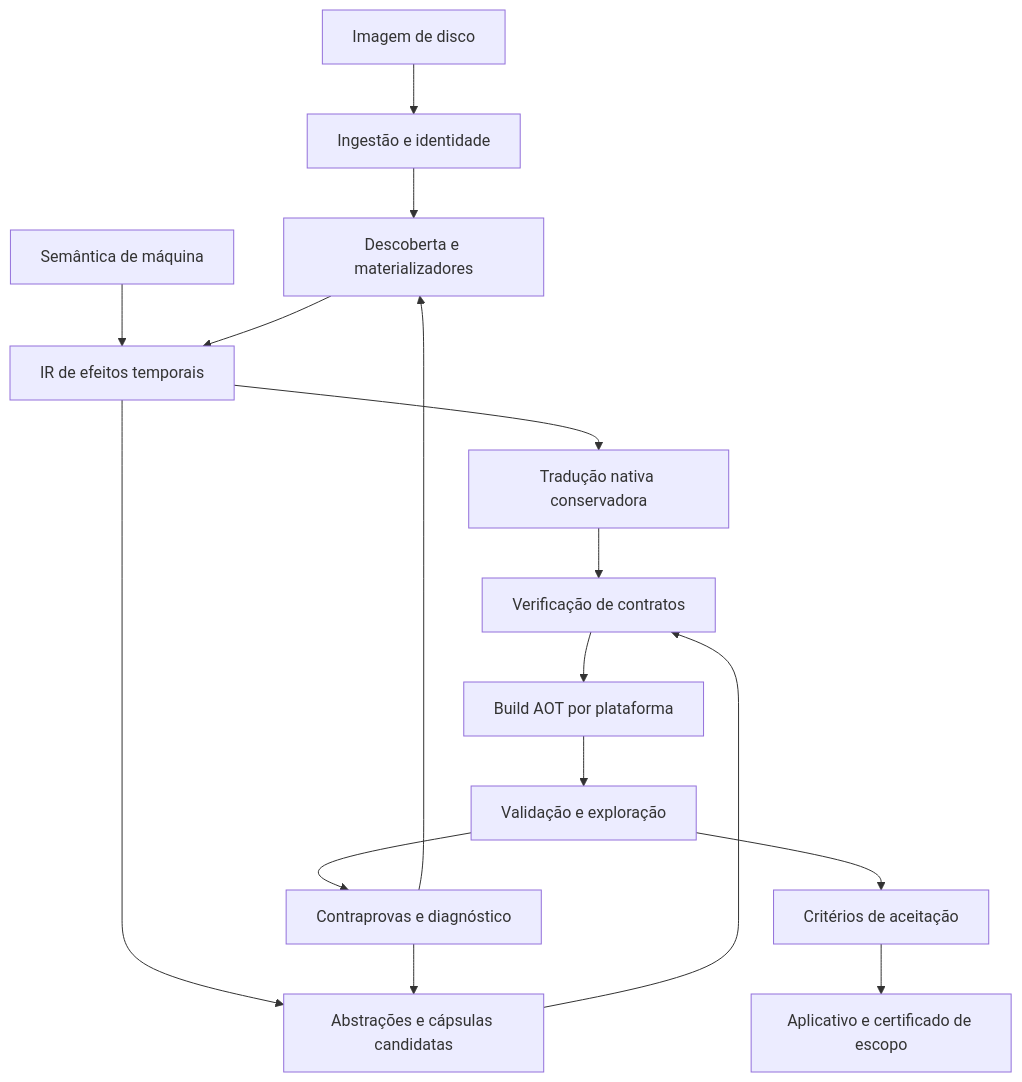
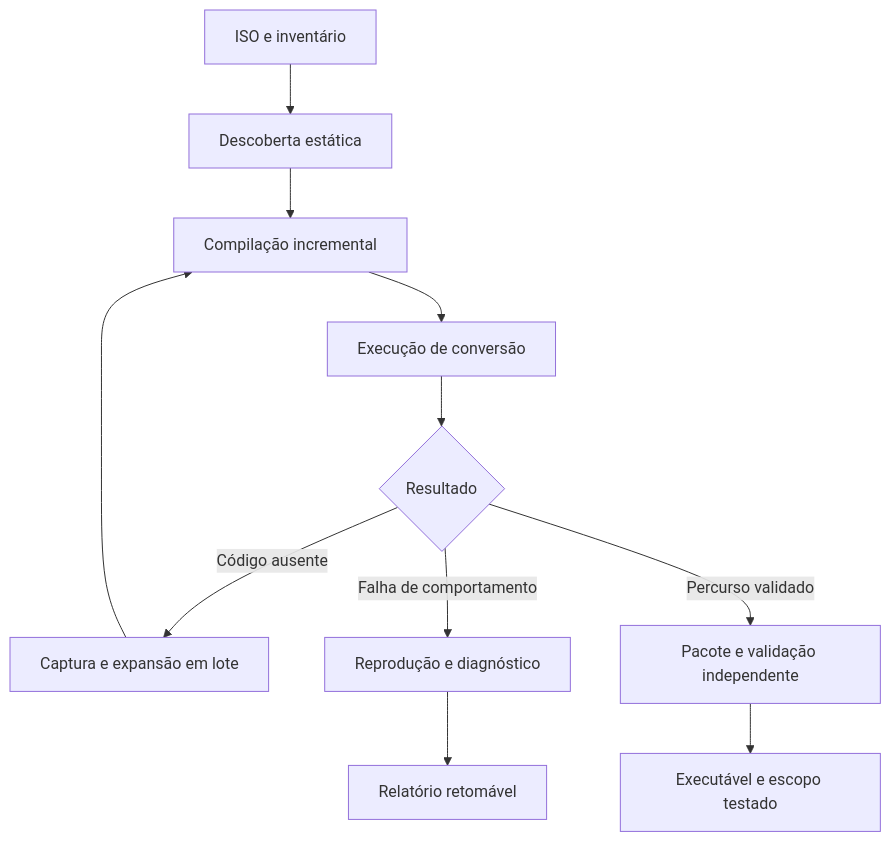
The diagram in README.md (Pedrohs1771/ps2-native), drawn with Mermaid before and after one commit. The commit also changed other lines of this file and 2 other files, not shown here.

````diff
--- a/README.md
+++ b/README.md
@@ -128,18 +288,13 @@
 ```mermaid
 flowchart TD
-    ISO["Imagem de disco"] --> ING["Ingestão e identidade"]
-    ING --> DISC["Descoberta e materializadores"]
-    SPEC["Semântica de máquina"] --> IR["IR de efeitos temporais"]
-    DISC --> IR
-    IR --> BASE["Tradução nativa conservadora"]
-    IR --> HYP["Abstrações e cápsulas candidatas"]
-    HYP --> CHECK["Verificação de contratos"]
-    BASE --> CHECK
-    CHECK --> AOT["Build AOT por plataforma"]
-    AOT --> TEST["Validação e exploração"]
-    TEST --> DIAG["Contraprovas e diagnóstico"]
-    DIAG --> DISC
-    DIAG --> HYP
-    TEST --> GATE["Critérios de aceitação"]
-    GATE --> OUT["Aplicativo e certificado de escopo"]
+    A["ISO e inventário"] --> B["Descoberta estática"]
+    B --> C["Compilação incremental"]
+    C --> D["Execução de conversão"]
+    D --> E{"Resultado"}
+    E -->|"Código ausente"| F["Captura e expansão em lote"]
+    F --> C
+    E -->|"Falha de comportamento"| G["Reprodução e diagnóstico"]
+    E -->|"Percurso validado"| H["Pacote e validação independente"]
+    G --> I["Relatório retomável"]
+    H --> J["Executável e escopo testado"]
 ```
````
